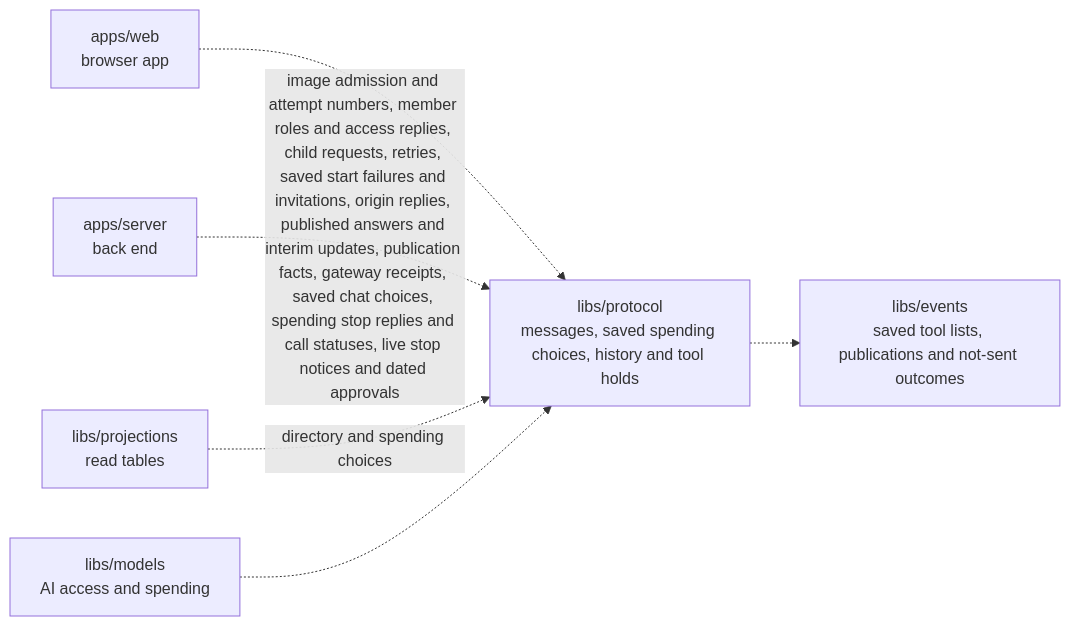
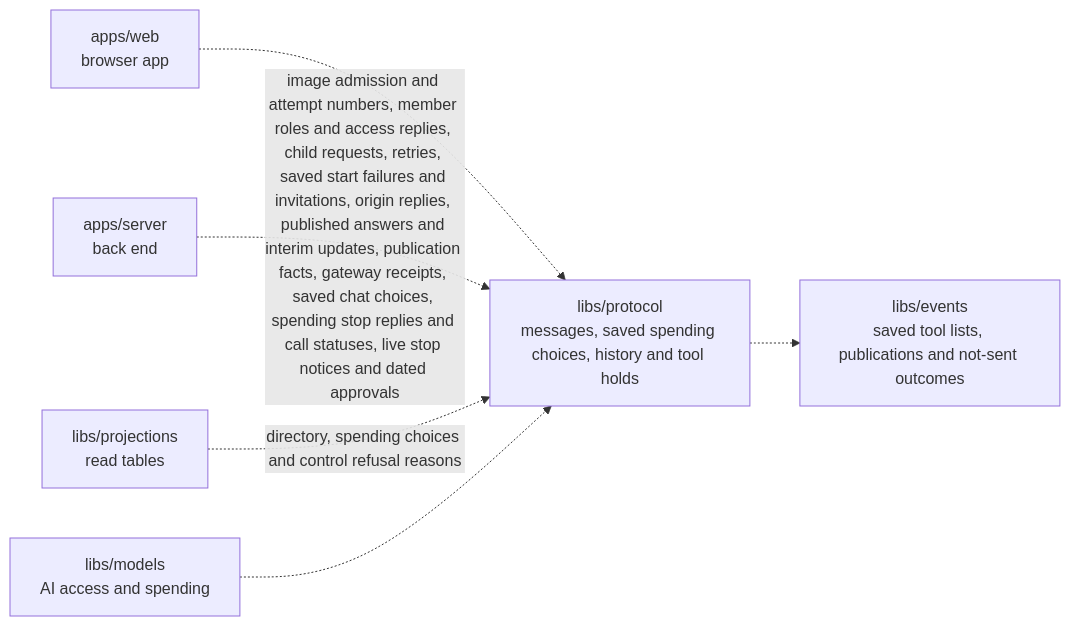
One commit to elewa-git/opencrane-new changed the diagram in libs/protocol/README.md. Above: the diagram before and after it, drawn with Mermaid. The commit also changed other lines of this file and 19 other files, not shown here.

````diff
--- a/libs/protocol/README.md
+++ b/libs/protocol/README.md
@@ -11,8 +14,8 @@
 ```mermaid
 flowchart LR
   web["apps/web<br/>browser app"] -.-> protocol["libs/protocol<br/>messages, saved spending choices, history and tool holds"]
   server["apps/server<br/>back end"] -.->|image admission and attempt numbers, member roles and access replies, child requests, retries, saved start failures and invitations, origin replies, published answers and interim updates, publication facts, gateway receipts, saved chat choices, spending stop replies and call statuses, live stop notices and dated approvals| protocol
-  projections["libs/projections<br/>read tables"] -.->|directory and spending choices| protocol
+  projections["libs/projections<br/>read tables"] -.->|directory, spending choices and control refusal reasons| protocol
   models["libs/models<br/>AI access and spending"] -.-> protocol
   protocol -.-> events["libs/events<br/>saved tool lists, publications and not-sent outcomes"]
 ```
````
